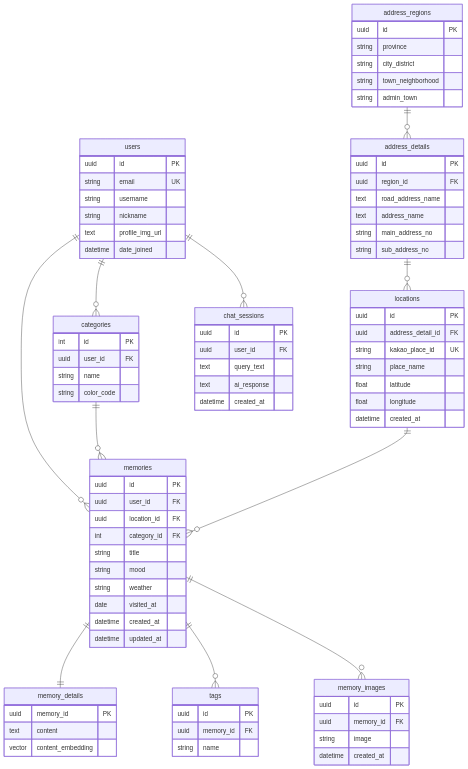
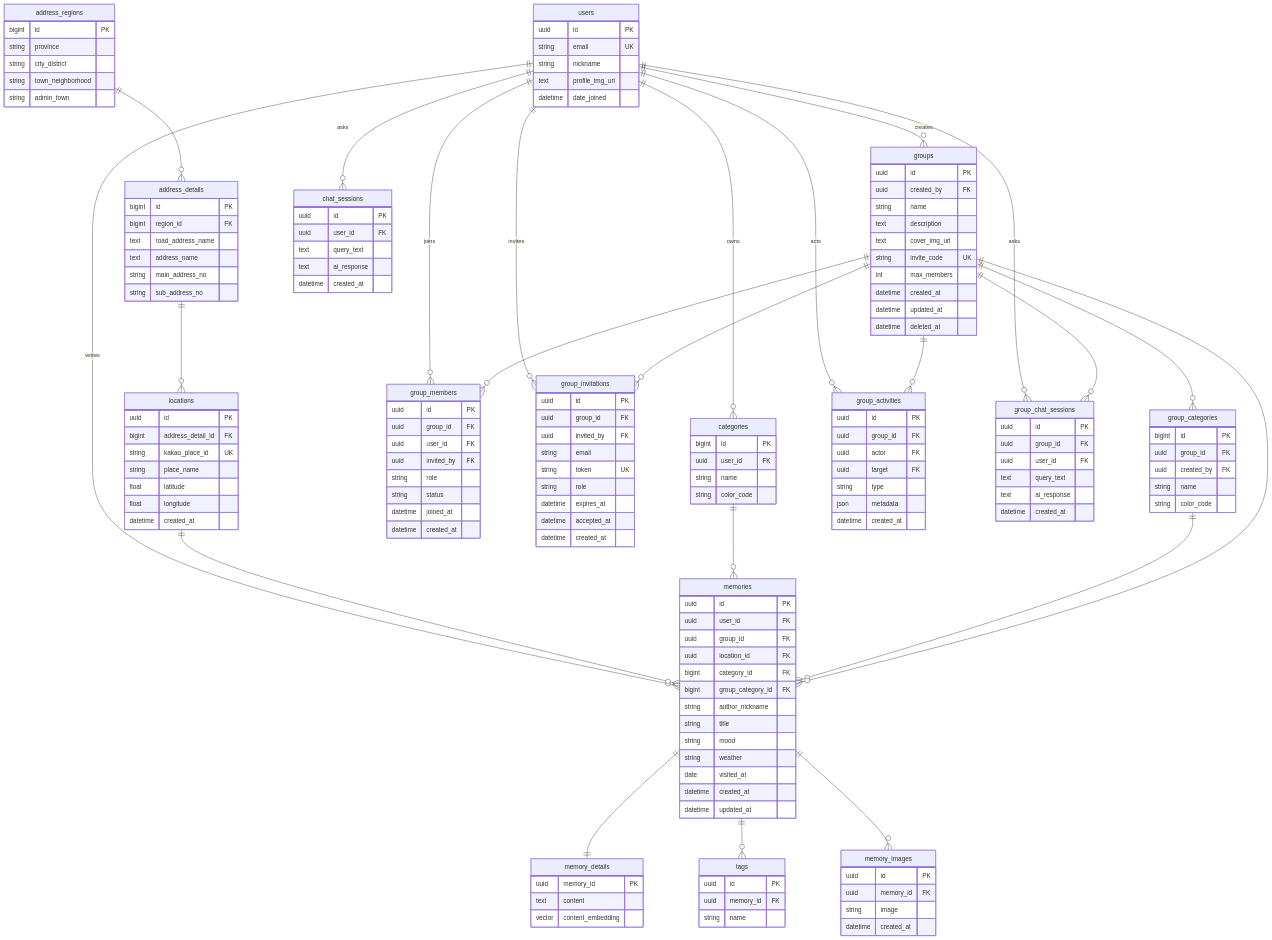
One commit to seatosky2002/myArchive_Back changed the diagram in README.md. Above: the diagram before and after it, drawn with Mermaid. The commit also changed other lines of this file, not shown here.

Commit message:
docs: ERD 최신화 (groups 앱 전체 반영)

```diff
--- a/README.md
+++ b/README.md
@@ -24,14 +24,13 @@
     users {
         uuid id PK
         string email UK
-        string username
         string nickname
         text profile_img_url
         datetime date_joined
     }
 
     address_regions {
-        uuid id PK
+        bigint id PK
         string province
         string city_district
         string town_neighborhood
@@ -39,8 +38,8 @@
     }
 
     address_details {
-        uuid id PK
-        uuid region_id FK
+        bigint id PK
+        bigint region_id FK
         text road_address_name
         text address_name
         string main_address_no
@@ -49,7 +48,7 @@
 
     locations {
         uuid id PK
-        uuid address_detail_id FK
+        bigint address_detail_id FK
         string kakao_place_id UK
         string place_name
         float latitude
@@ -58,17 +57,83 @@
     }
 
     categories {
-        int id PK
+        bigint id PK
         uuid user_id FK
         string name
         string color_code
     }
 
+    groups {
+        uuid id PK
+        uuid created_by FK
+        string name
+        text description
+        text cover_img_url
+        string invite_code UK
+        int max_members
+        datetime created_at
+        datetime updated_at
+        datetime deleted_at
+    }
+
+    group_members {
+        uuid id PK
+        uuid group_id FK
+        uuid user_id FK
+        uuid invited_by FK
+        string role
+        string status
+        datetime joined_at
+        datetime created_at
+    }
+
+    group_invitations {
+        uuid id PK
+        uuid group_id FK
+        uuid invited_by FK
+        string email
+        string token UK
+        string role
+        datetime expires_at
+        datetime accepted_at
+        datetime created_at
+    }
+
+    group_categories {
+        bigint id PK
+        uuid group_id FK
+        uuid created_by FK
+        string name
+        string color_code
+    }
+
+    group_activities {
+        uuid id PK
+        uuid group_id FK
+        uuid actor FK
+        uuid target FK
+        string type
+        json metadata
+        datetime created_at
+    }
+
+    group_chat_sessions {
+        uuid id PK
+        uuid group_id FK
+        uuid user_id FK
+        text query_text
+        text ai_response
+        datetime created_at
+    }
+
     memories {
         uuid id PK
         uuid user_id FK
+        uuid group_id FK
         uuid location_id FK
-        int category_id FK
+        bigint category_id FK
+        bigint group_category_id FK
+        string author_nickname
         string title
         string mood
         string weather
@@ -104,13 +169,29 @@
         datetime created_at
     }
 
-    users ||--o{ memories : ""
-    users ||--o{ categories : ""
-    users ||--o{ chat_sessions : ""
+    users ||--o{ memories : "writes"
+    users ||--o{ categories : "owns"
+    users ||--o{ chat_sessions : "asks"
+    users ||--o{ groups : "creates"
+    users ||--o{ group_members : "joins"
+    users ||--o{ group_invitations : "invites"
+    users ||--o{ group_activities : "acts"
+    users ||--o{ group_chat_sessions : "asks"
+
     address_regions ||--o{ address_details : ""
     address_details ||--o{ locations : ""
     locations ||--o{ memories : ""
+
     categories ||--o{ memories : ""
+    group_categories ||--o{ memories : ""
+
+    groups ||--o{ group_members : ""
+    groups ||--o{ group_invitations : ""
+    groups ||--o{ group_categories : ""
+    groups ||--o{ group_activities : ""
+    groups ||--o{ group_chat_sessions : ""
+    groups ||--o{ memories : ""
+
     memories ||--|| memory_details : ""
     memories ||--o{ tags : ""
     memories ||--o{ memory_images : ""
```
